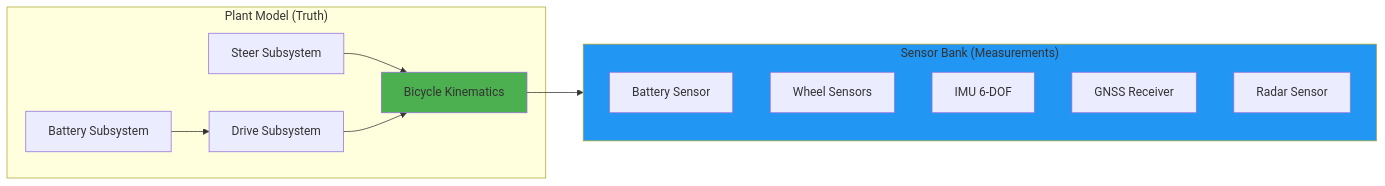
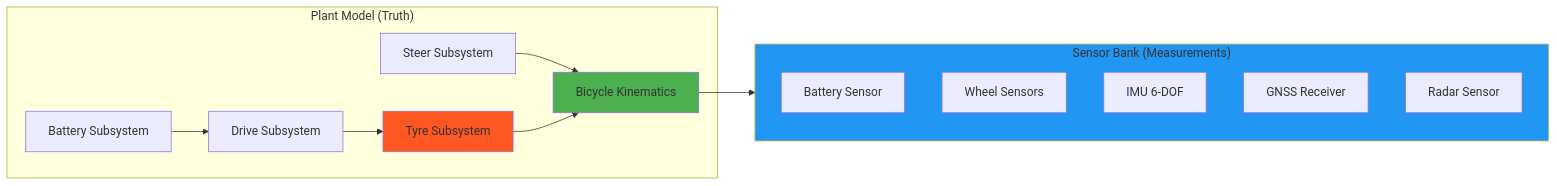
The second of 3 diagrams in README.md (mtilocca/vehicle-Dynamics-Sim-Can), drawn with Mermaid before and after one commit. The commit also changed other lines of this file and 2 other files, not shown here.

````diff
--- a/README.md
+++ b/README.md
@@ -78,25 +79,28 @@
 ```mermaid
 flowchart LR
     subgraph PlantModel["Plant Model (Truth)"]
         STEER[Steer Subsystem]
         DRIVE[Drive Subsystem]
+        TYRE[Tyre Subsystem]
         BATTERY[Battery Subsystem]
         KINEMATICS[Bicycle Kinematics]
     end
     
     subgraph SensorBank["Sensor Bank (Measurements)"]
         BATT_S[Battery Sensor]
         WHEEL_S[Wheel Sensors]
         IMU_S[IMU 6-DOF]
         GNSS_S[GNSS Receiver]
         RADAR_S[Radar Sensor]
     end
     
     STEER --> KINEMATICS
-    DRIVE --> KINEMATICS
+    DRIVE --> TYRE
+    TYRE --> KINEMATICS
     BATTERY --> DRIVE
     KINEMATICS --> SensorBank
     
     style KINEMATICS fill:#4CAF50
+    style TYRE fill:#FF5722
     style SensorBank fill:#2196F3
 ```
````
